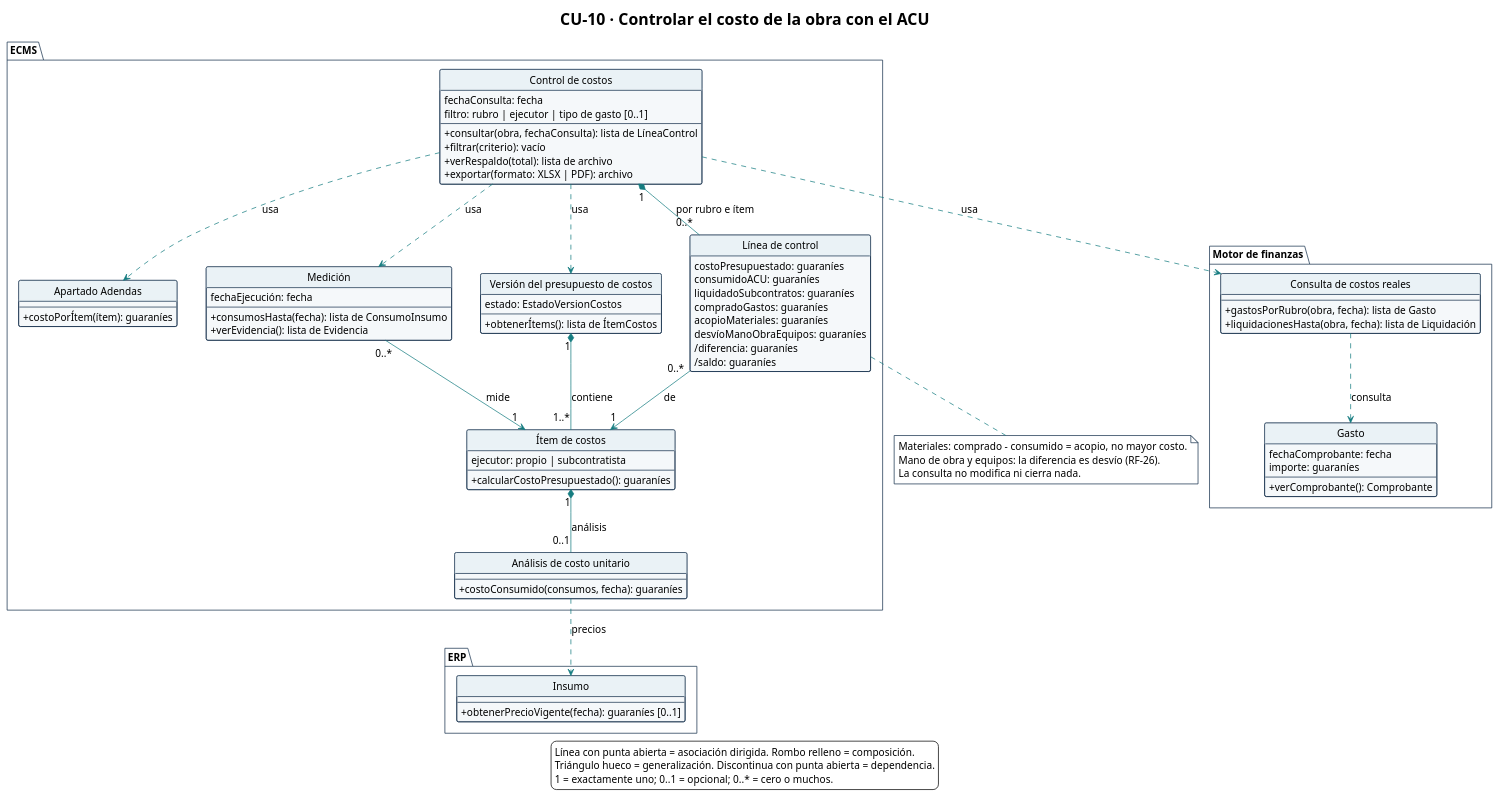
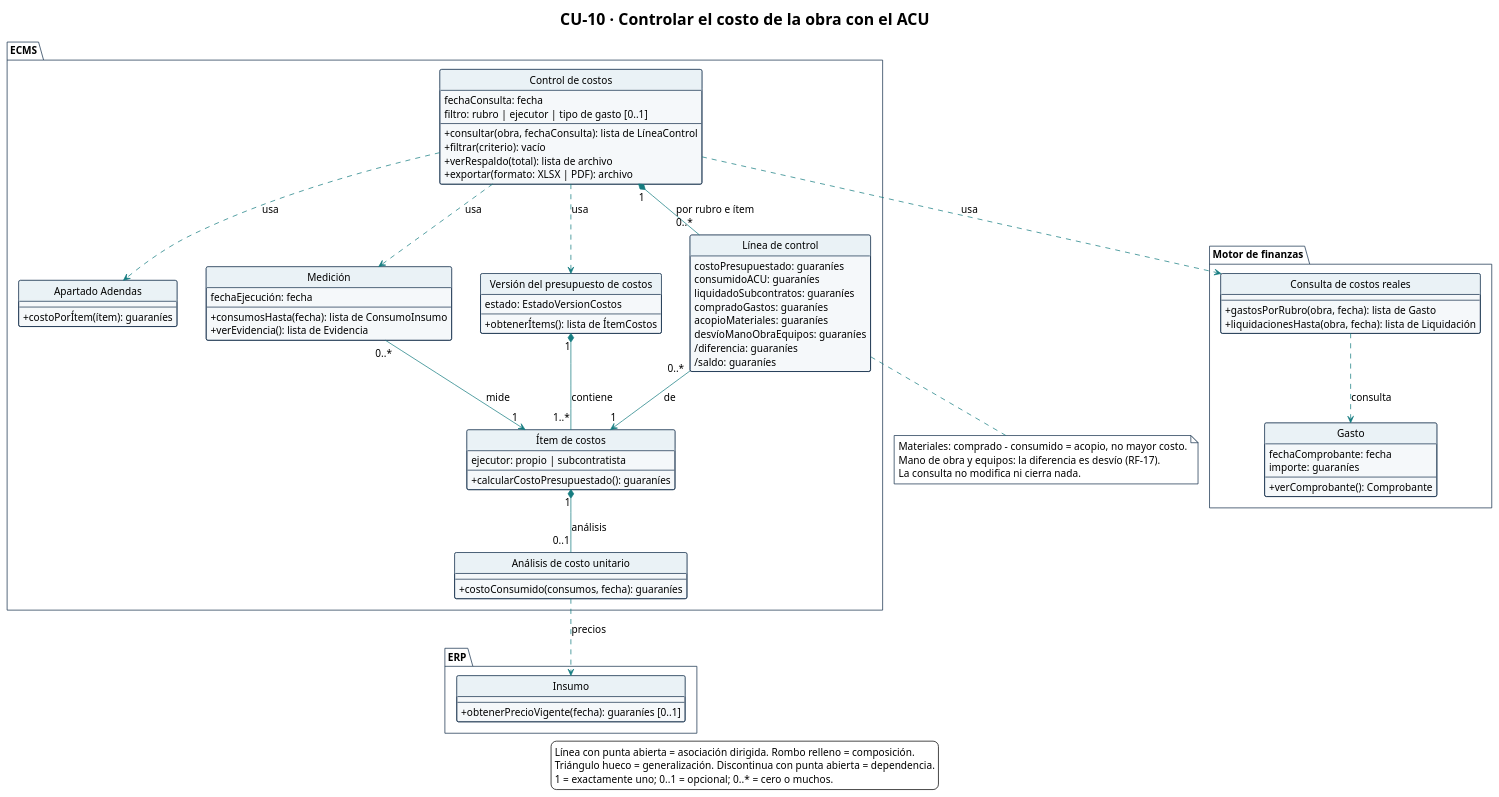
One commit to Ssrrb/tpf-uca changed the diagram in diagramas/CU-10-clases.puml. Above: the diagram before and after it, drawn with PlantUML. The commit also changed 43 other files, not shown here.

```diff
--- a/diagramas/CU-10-clases.puml
+++ b/diagramas/CU-10-clases.puml
@@ -1,125 +1,125 @@
 @startuml
 !theme plain
 skinparam style strictuml
 title CU-10 · Controlar el costo de la obra con el ACU
 hide circle
 hide empty methods
 hide empty fields
 skinparam shadowing false
 skinparam classAttributeIconSize 0
 skinparam defaultFontName Arial
 skinparam defaultFontSize 14
 skinparam nodesep 40
 skinparam ranksep 50
 skinparam ArrowColor #167C80
 skinparam class {
   BackgroundColor #F5F8FA
   BorderColor #17324D
   HeaderBackgroundColor #EAF2F6
 }
 skinparam package {
   BackgroundColor #FFFFFF
   BorderColor #17324D
 }
 skinparam note {
   BackgroundColor #FFFFFF
   BorderColor #17324D
 }
 package "ECMS" {
   class "Control de costos" as ControlCostos {
     fechaConsulta: fecha
     filtro: rubro | ejecutor | tipo de gasto [0..1]
     --
     + consultar(obra, fechaConsulta): lista de LíneaControl
     + filtrar(criterio): vacío
     + verRespaldo(total): lista de archivo
     + exportar(formato: XLSX | PDF): archivo
   }
 
   class "Línea de control" as LineaControl {
     costoPresupuestado: guaraníes
     consumidoACU: guaraníes
     liquidadoSubcontratos: guaraníes
     compradoGastos: guaraníes
     acopioMateriales: guaraníes
     desvíoManoObraEquipos: guaraníes
     /diferencia: guaraníes
     /saldo: guaraníes
   }
 
   class "Versión del presupuesto de costos" as VersionCostos {
     estado: EstadoVersionCostos
     --
     + obtenerÍtems(): lista de ÍtemCostos
   }
 
   class "Apartado Adendas" as ApartadoAdendas {
     --
     + costoPorÍtem(ítem): guaraníes
   }
 
   class "Ítem de costos" as ItemCostos {
     ejecutor: propio | subcontratista
     --
     + calcularCostoPresupuestado(): guaraníes
   }
 
   class "Análisis de costo unitario" as ACU {
     --
     + costoConsumido(consumos, fecha): guaraníes
   }
 
   class "Medición" as Medicion {
     fechaEjecución: fecha
     --
     + consumosHasta(fecha): lista de ConsumoInsumo
     + verEvidencia(): lista de Evidencia
   }
 }
 
 package "Motor de finanzas" {
   class "Consulta de costos reales" as CostosReales {
     --
     + gastosPorRubro(obra, fecha): lista de Gasto
     + liquidacionesHasta(obra, fecha): lista de Liquidación
   }
 
   class Gasto {
     fechaComprobante: fecha
     importe: guaraníes
     --
     + verComprobante(): Comprobante
   }
 }
 
 package "ERP" {
   class Insumo {
     --
     + obtenerPrecioVigente(fecha): guaraníes [0..1]
   }
 }
 
 ControlCostos "1" *-- "0..*" LineaControl : por rubro e ítem
 ControlCostos ..> VersionCostos : usa
 ControlCostos ..> ApartadoAdendas : usa
 ControlCostos ..> Medicion : usa
 ControlCostos ..> CostosReales : usa
 VersionCostos "1" *-- "1..*" ItemCostos : contiene
 ItemCostos "1" *-- "0..1" ACU : análisis
 Medicion "0..*" --> "1" ItemCostos : mide
 ACU ..> Insumo : precios
 CostosReales ..> Gasto : consulta
 LineaControl "0..*" --> "1" ItemCostos : de
 
 note bottom of LineaControl
   Materiales: comprado - consumido = acopio, no mayor costo.
-  Mano de obra y equipos: la diferencia es desvío (RF-26).
+  Mano de obra y equipos: la diferencia es desvío (RF-17).
   La consulta no modifica ni cierra nada.
 end note
 
 legend bottom
   Línea con punta abierta = asociación dirigida. Rombo relleno = composición.
   Triángulo hueco = generalización. Discontinua con punta abierta = dependencia.
   1 = exactamente uno; 0..1 = opcional; 0..* = cero o muchos.
 endlegend
 @enduml
```
